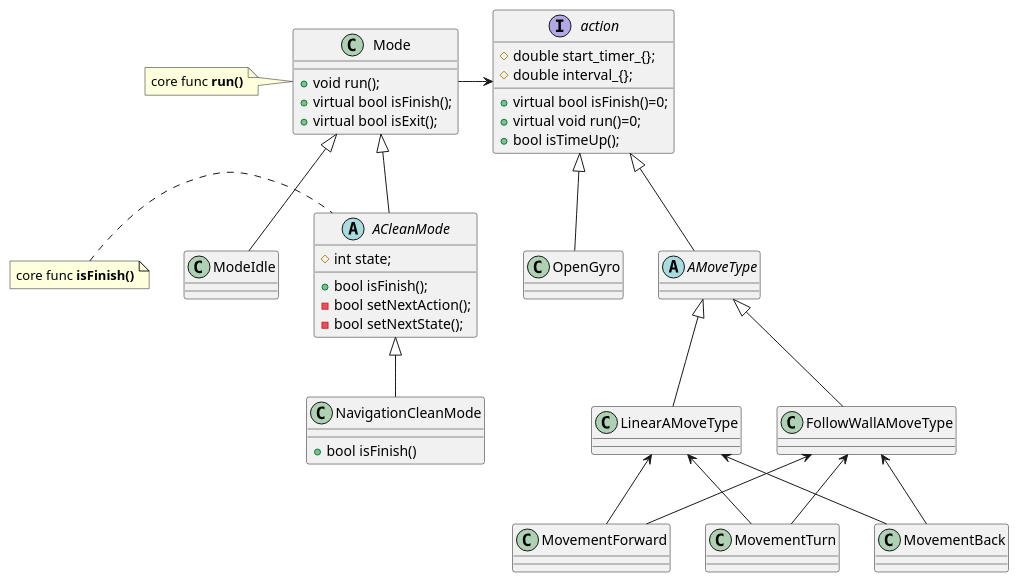
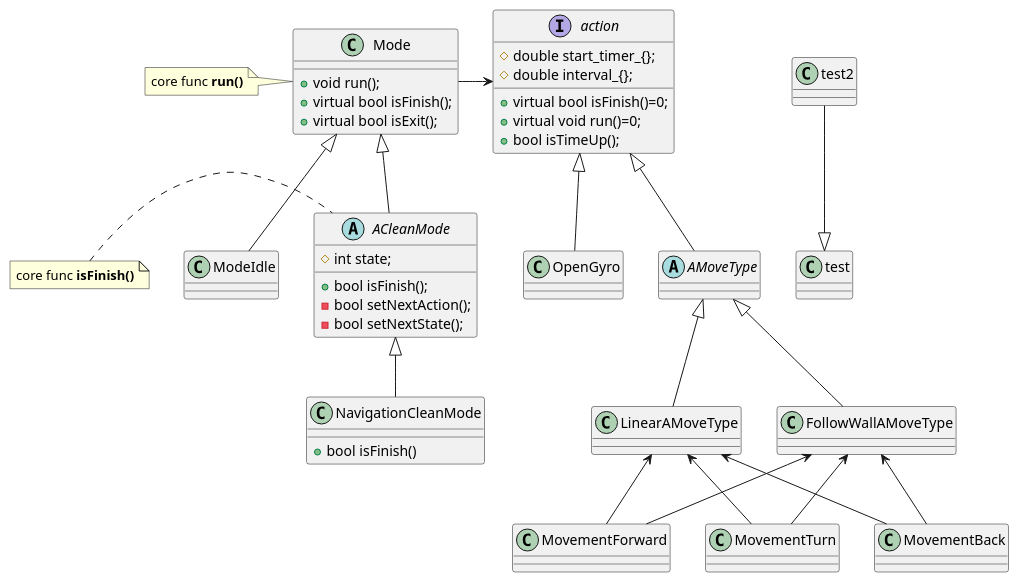
Before and after one commit to lsy563193/dotfiles: the diagram in pp.puml, drawn with PlantUML. The commit also changed 7 other files, not shown here.

```diff
--- a/pp.puml
+++ b/pp.puml
@@ -1,49 +1,52 @@
 @startuml
 Mode ----right----> action
 ACleanMode -up-|> Mode
 ModeIdle -up-|> Mode
 NavigationCleanMode -up-|>ACleanMode
 OpenGyro -up-|> action
 AMoveType -up-|> action
 
 LinearAMoveType -up-|> AMoveType
 FollowWallAMoveType -up-|> AMoveType
 
 MovementForward -up-> FollowWallAMoveType
 MovementTurn -up-> FollowWallAMoveType
 MovementBack -up-> FollowWallAMoveType
 
 MovementForward -up-> LinearAMoveType
 MovementTurn -up-> LinearAMoveType
 MovementBack -up-> LinearAMoveType
 
 
 Interface action{
   +virtual bool isFinish()=0;
   +virtual void run()=0;
   +bool isTimeUp();
 
  #double start_timer_{};
  #double interval_{};
 }
 
 class Mode{
 	+void run();
 	+virtual bool isFinish();
 	+virtual bool isExit();
 }
 
 abstract ACleanMode{
  +bool isFinish();
  -bool setNextAction();
  -bool setNextState();
 	#int state;
 }
 
 abstract AMoveType
 class NavigationCleanMode {
  +bool isFinish()
 }
 note left of Mode : core func **run()**
 note left of ACleanMode : core func **isFinish()**
+
+test2 --|> test
+class test
 @enduml
```
